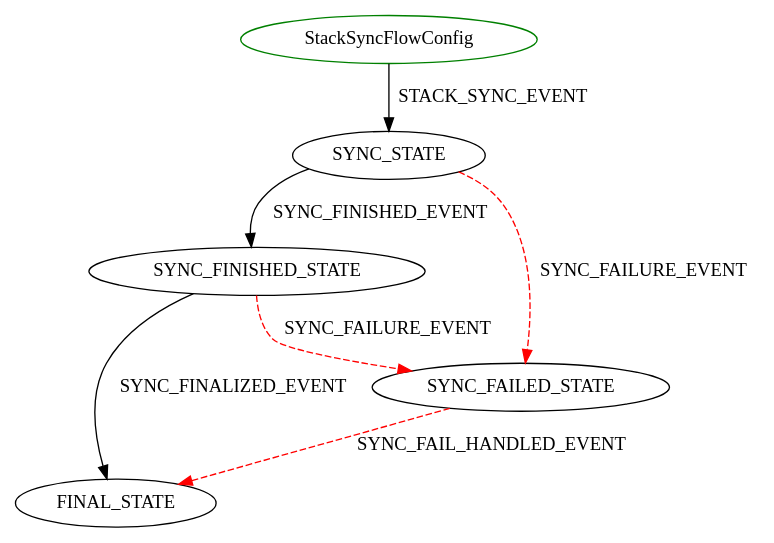
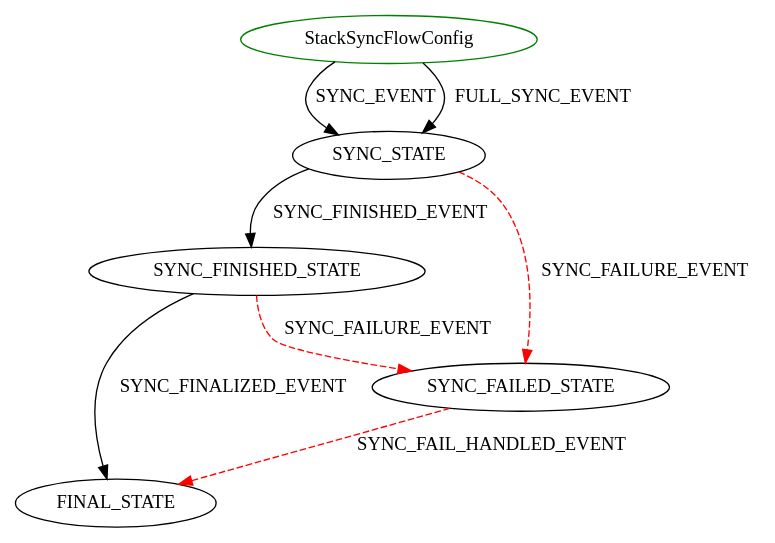
The diagram in latest/diagrams/StackSyncFlowConfig.dot (hortonworks/cloudbreak-docs), drawn with Graphviz before and after one commit. The commit also changed 55 other files, not shown here.

```diff
--- a/latest/diagrams/StackSyncFlowConfig.dot
+++ b/latest/diagrams/StackSyncFlowConfig.dot
@@ -1,9 +1,10 @@
 digraph {
 INIT_STATE [label="StackSyncFlowConfig" shape=ellipse color=green];
-INIT_STATE -> SYNC_STATE [label="STACK_SYNC_EVENT" color=black style=solid];
+INIT_STATE -> SYNC_STATE [label="SYNC_EVENT" color=black style=solid];
+INIT_STATE -> SYNC_STATE [label="FULL_SYNC_EVENT" color=black style=solid];
 SYNC_STATE -> SYNC_FINISHED_STATE [label="SYNC_FINISHED_EVENT" color=black style=solid];
 SYNC_STATE -> SYNC_FAILED_STATE [label="SYNC_FAILURE_EVENT" color=red style=dashed];
 SYNC_FAILED_STATE -> FINAL_STATE [label="SYNC_FAIL_HANDLED_EVENT" color=red style=dashed];
 SYNC_FINISHED_STATE -> FINAL_STATE [label="SYNC_FINALIZED_EVENT" color=black style=solid];
 SYNC_FINISHED_STATE -> SYNC_FAILED_STATE [label="SYNC_FAILURE_EVENT" color=red style=dashed];
 }
```
